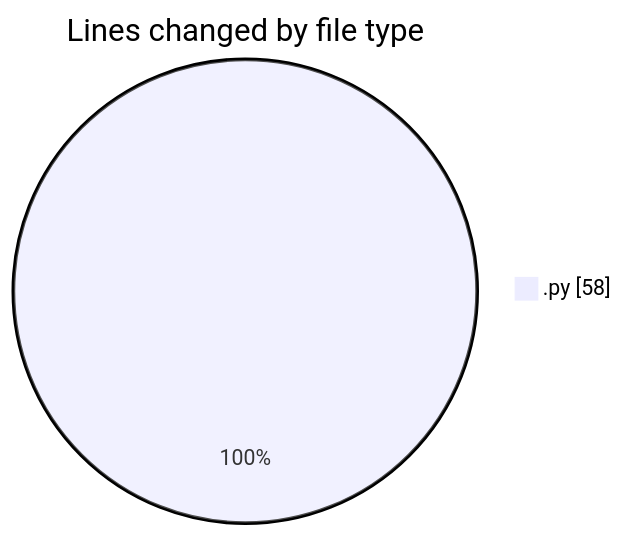
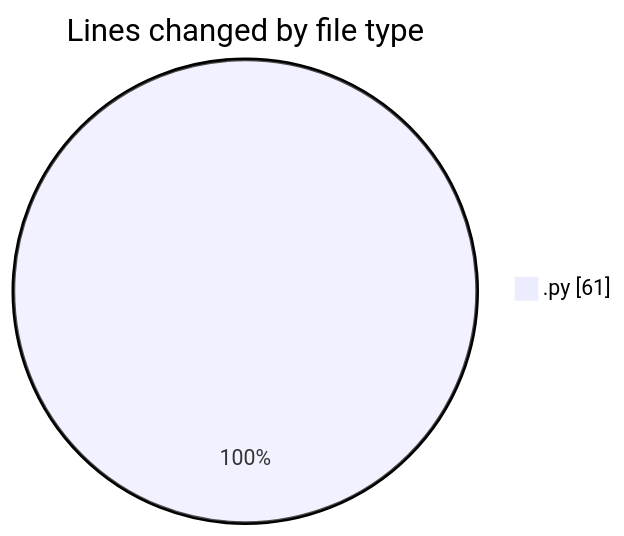
The first of 2 diagrams in 2025-10-20/eventscop-api-guide__workspace_/README.md (julien-gomy/code-tracking), drawn with Mermaid before and after one commit. The commit also changed other lines of this file and 1 other file, not shown here.

````diff
--- a/2025-10-20/eventscop-api-guide__workspace_/README.md
+++ b/2025-10-20/eventscop-api-guide__workspace_/README.md
@@ -20,5 +22,5 @@
 ```mermaid
 pie showData
 title Lines changed by file type
-".py" : 58
+".py" : 61
 ```
````
